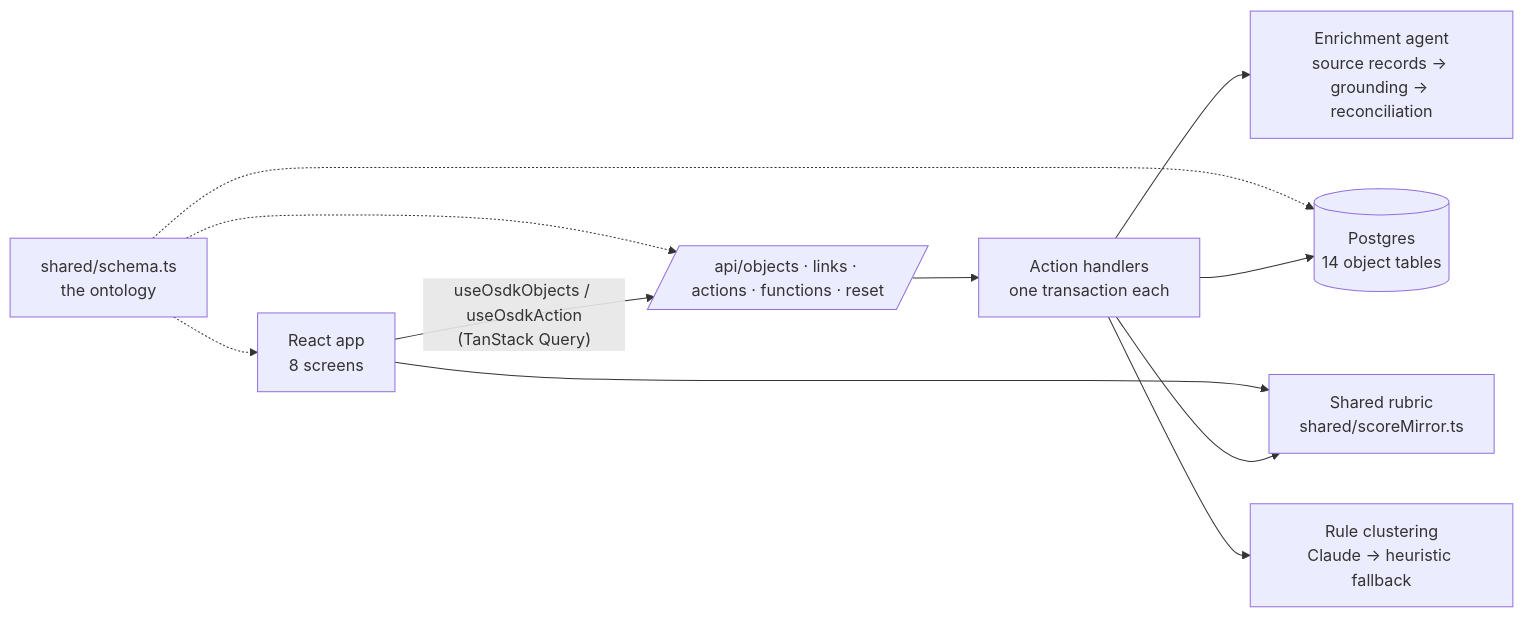
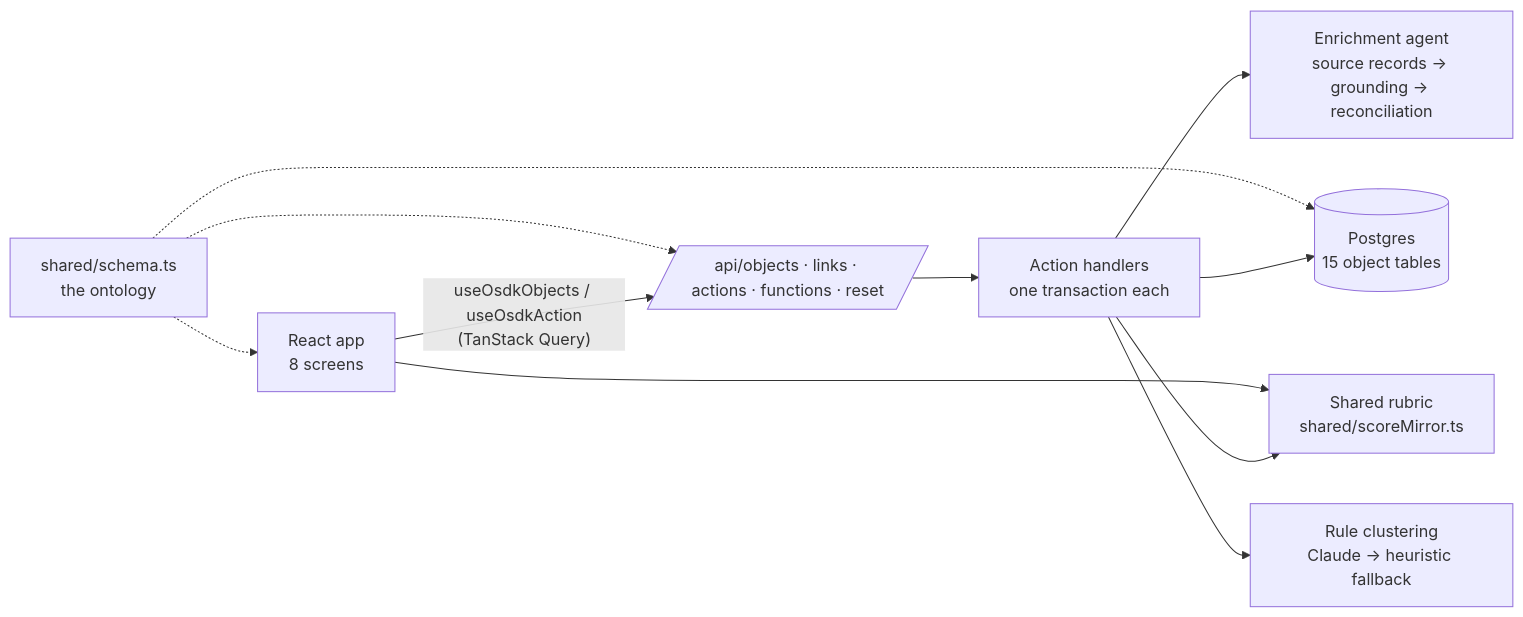
One commit to llukehanna/beacon changed the diagram in README.md. Above: the diagram before and after it, drawn with Mermaid. The commit also changed other lines of this file and 44 other files, not shown here.

````diff
--- a/README.md
+++ b/README.md
@@ -39,13 +39,13 @@
 ```mermaid
 flowchart LR
   UI[React app<br/>8 screens] -- "useOsdkObjects / useOsdkAction<br/>(TanStack Query)" --> API[/api/objects · links · actions · functions · reset/]
   API --> Actions[Action handlers<br/>one transaction each]
   Actions --> Rubric[Shared rubric<br/>shared/scoreMirror.ts]
   UI --> Rubric
   Actions --> Agent[Enrichment agent<br/>source records → grounding → reconciliation]
   Actions --> Cluster[Rule clustering<br/>Claude → heuristic fallback]
-  Actions --> PG[(Postgres<br/>14 object tables)]
+  Actions --> PG[(Postgres<br/>15 object tables)]
   Schema[shared/schema.ts<br/>the ontology] -.-> PG
   Schema -.-> API
   Schema -.-> UI
 ```
````
